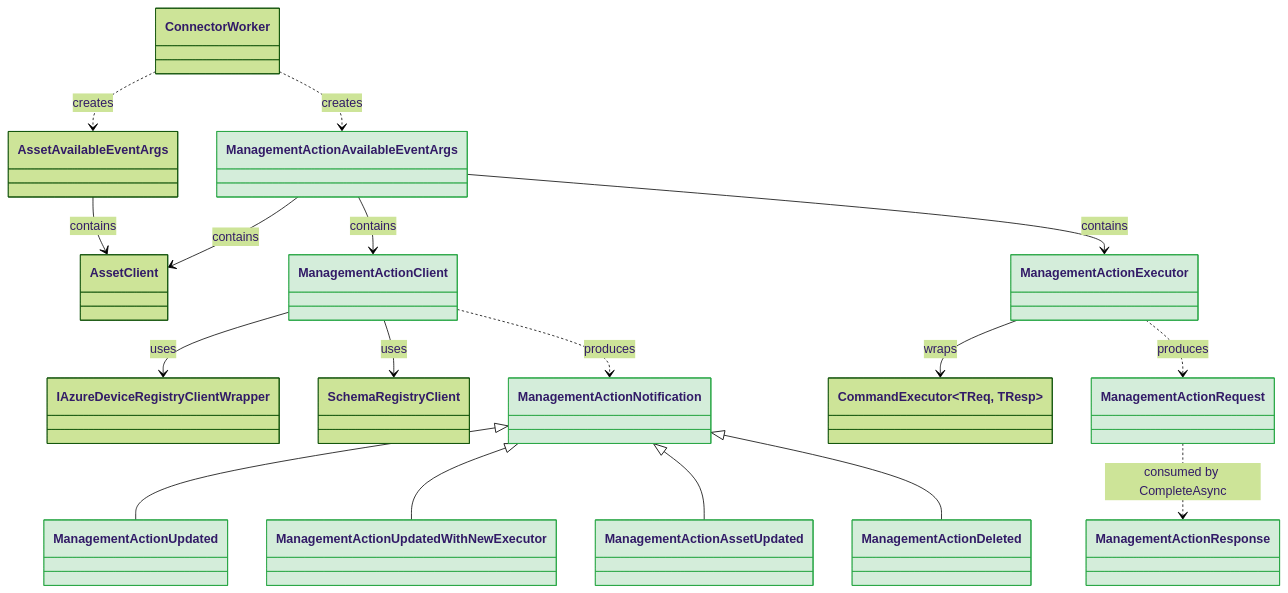
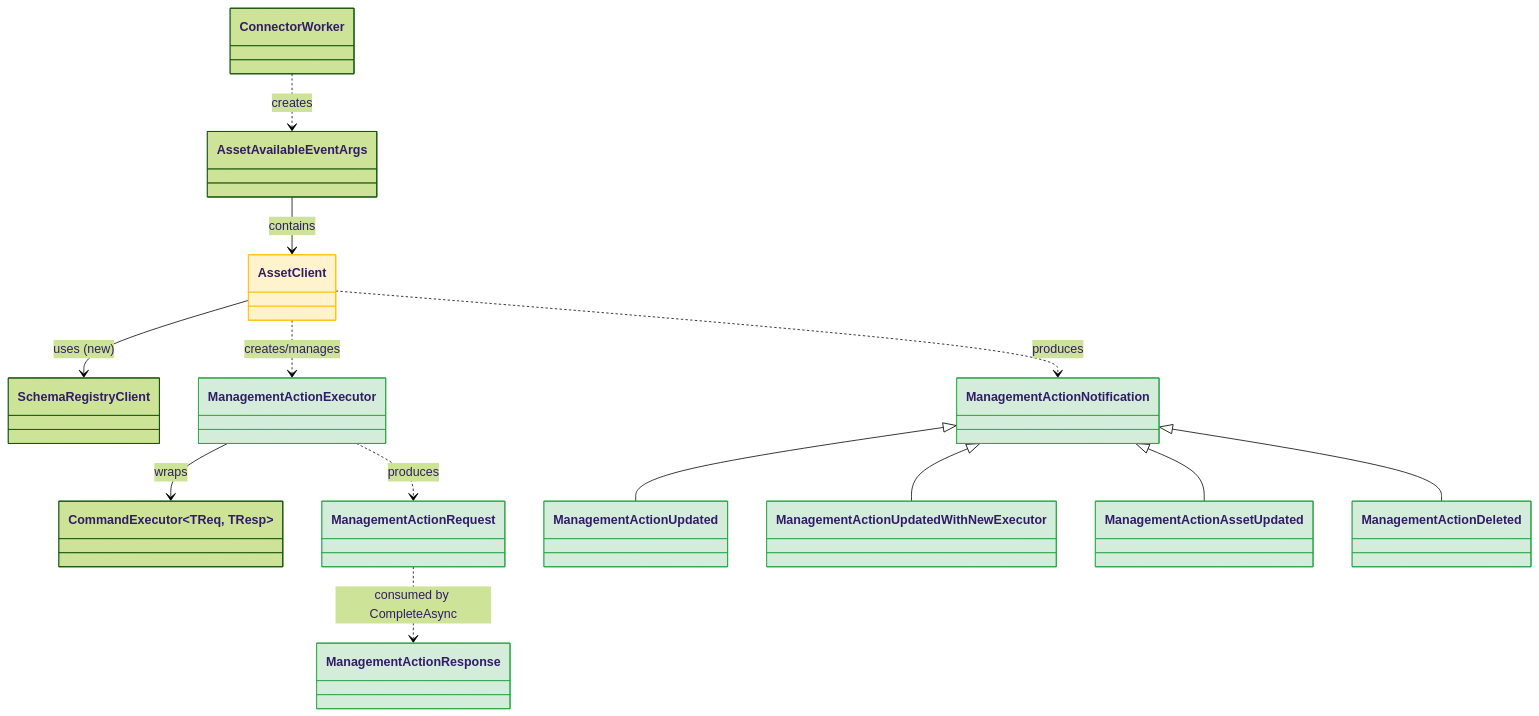
One commit to Azure/iot-operations-sdks changed the first of 2 diagrams in doc/dev/tmp/management-action-design-onepager.md. Above: the diagram before and after it, drawn with Mermaid (forest theme). The commit also changed other lines of this file and 2 other files, not shown here.

Commit message:
Refactor management action support in .NET SDK

````diff
--- a/doc/dev/tmp/management-action-design-onepager.md
+++ b/doc/dev/tmp/management-action-design-onepager.md
@@ -46,30 +45,25 @@
 ```mermaid
 classDiagram
     direction TB
     ConnectorWorker ..> AssetAvailableEventArgs : creates
-    ConnectorWorker ..> ManagementActionAvailableEventArgs : creates
     AssetAvailableEventArgs --> AssetClient : contains
-    ManagementActionAvailableEventArgs --> ManagementActionClient : contains
-    ManagementActionAvailableEventArgs --> ManagementActionExecutor : contains
-    ManagementActionAvailableEventArgs --> AssetClient : contains
-    ManagementActionClient --> IAzureDeviceRegistryClientWrapper : uses
-    ManagementActionClient --> SchemaRegistryClient : uses
-    ManagementActionClient ..> ManagementActionNotification : produces
+    AssetClient --> SchemaRegistryClient : uses (new)
+    AssetClient ..> ManagementActionExecutor : creates/manages
+    AssetClient ..> ManagementActionNotification : produces
     ManagementActionExecutor --> CommandExecutor~TReq, TResp~ : wraps
     ManagementActionExecutor ..> ManagementActionRequest : produces
     ManagementActionRequest ..> ManagementActionResponse : consumed by CompleteAsync
     ManagementActionNotification <|-- ManagementActionUpdated
     ManagementActionNotification <|-- ManagementActionUpdatedWithNewExecutor
     ManagementActionNotification <|-- ManagementActionAssetUpdated
     ManagementActionNotification <|-- ManagementActionDeleted
-    style ManagementActionAvailableEventArgs fill:#d4edda,stroke:#28a745
-    style ManagementActionClient fill:#d4edda,stroke:#28a745
+    style AssetClient fill:#fff3cd,stroke:#ffc107
     style ManagementActionExecutor fill:#d4edda,stroke:#28a745
     style ManagementActionRequest fill:#d4edda,stroke:#28a745
     style ManagementActionResponse fill:#d4edda,stroke:#28a745
     style ManagementActionNotification fill:#d4edda,stroke:#28a745
     style ManagementActionUpdated fill:#d4edda,stroke:#28a745
     style ManagementActionUpdatedWithNewExecutor fill:#d4edda,stroke:#28a745
     style ManagementActionAssetUpdated fill:#d4edda,stroke:#28a745
     style ManagementActionDeleted fill:#d4edda,stroke:#28a745
 ```
````
